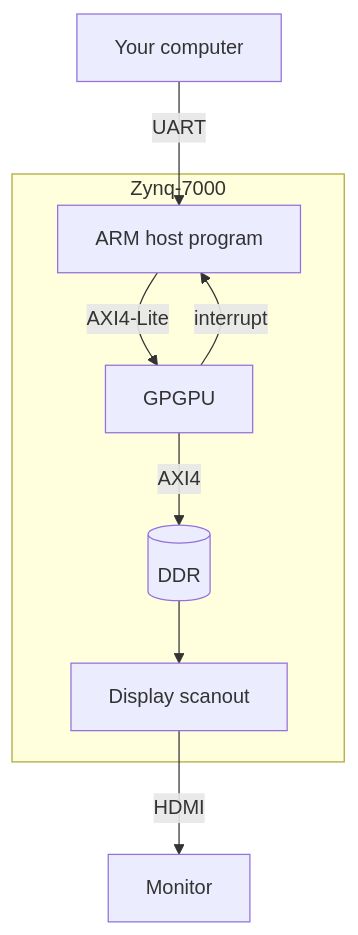
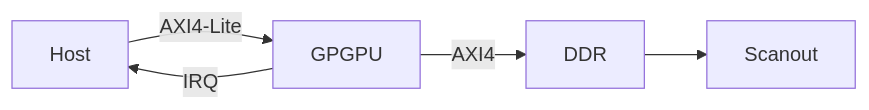
The diagram in docs/manual/index.md (PANAGIVTHS/ECE338-Parallel-Computer-Architecture), drawn with Mermaid before and after one commit. The commit also changed 1 other file, not shown here.

Commit message:
Make the system diagram of the manual readable

````diff
--- a/docs/manual/index.md
+++ b/docs/manual/index.md
@@ -16,11 +16,7 @@
 ```mermaid
-flowchart TB
-    pc["Your computer"] -- UART --> host
-    subgraph zynq["Zynq-7000"]
-        host["ARM host program"] -- AXI4-Lite --> gpu["GPGPU"]
-        gpu -- interrupt --> host
-        gpu -- AXI4 --> ddr[("DDR")]
-        ddr --> scan["Display scanout"]
-    end
-    scan -- HDMI --> monitor["Monitor"]
+flowchart LR
+    host["Host"] -- AXI4-Lite --> gpu["GPGPU"]
+    gpu -- IRQ --> host
+    gpu -- AXI4 --> ddr["DDR"]
+    ddr --> scan["Scanout"]
 ```
````
